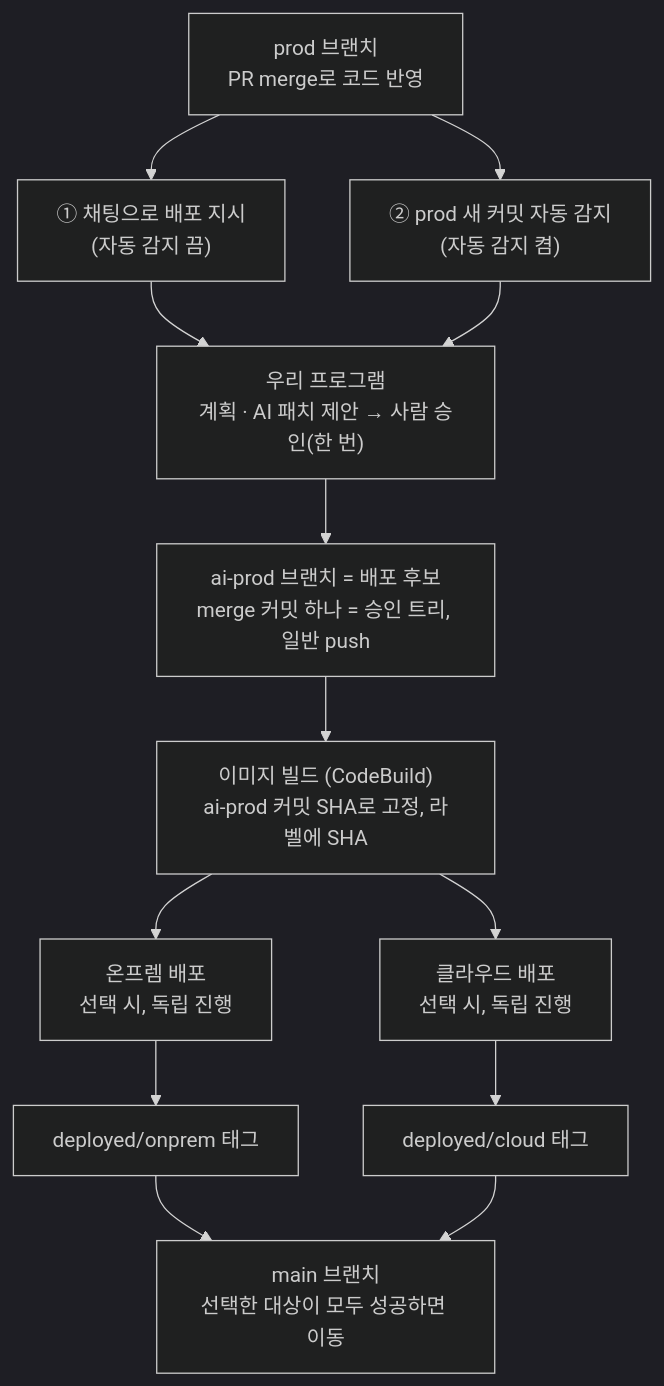
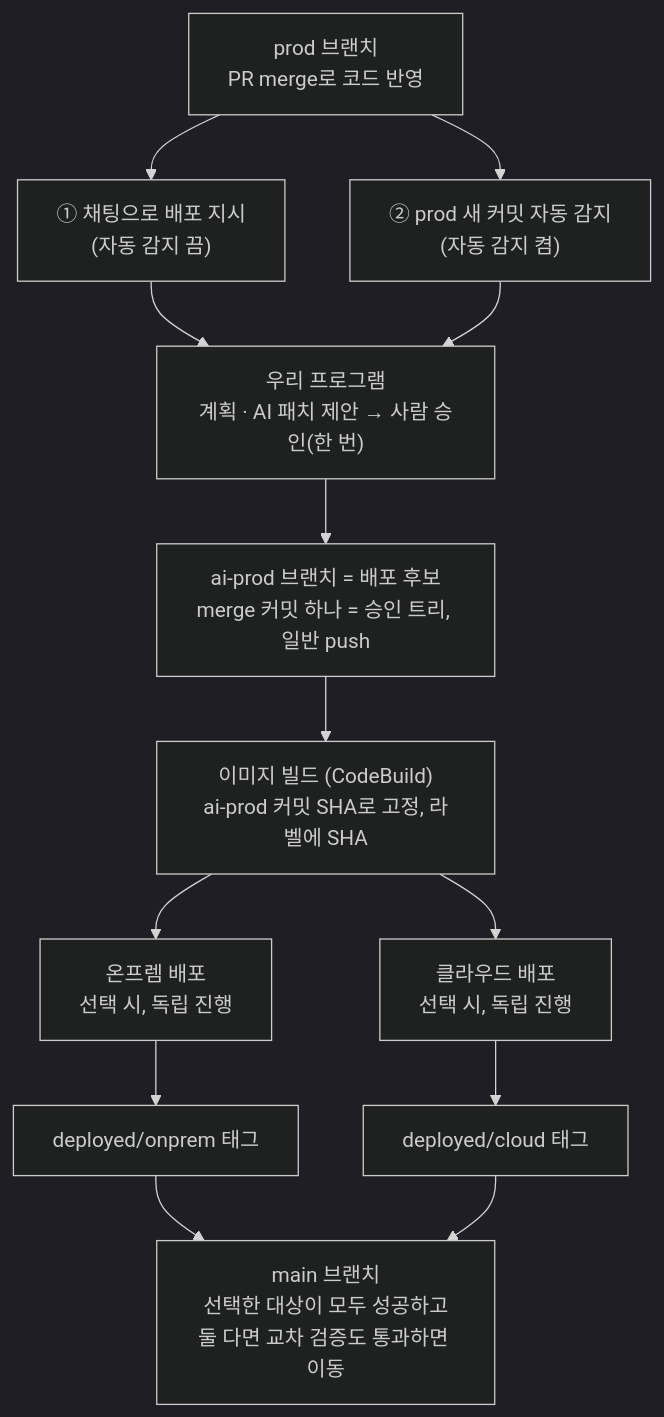
The diagram in single-app/dev-docs/roles/00_10월1일-변경사항.md (2026-Gerbera/gerbera-deploy-ai), drawn with Mermaid (dark theme) before and after one commit. The commit also changed other lines of this file and 21 other files, not shown here.

````diff
--- a/single-app/dev-docs/roles/00_10월1일-변경사항.md
+++ b/single-app/dev-docs/roles/00_10월1일-변경사항.md
@@ -15,15 +17,15 @@
 ```mermaid
 flowchart TD
     A["prod 브랜치<br/>PR merge로 코드 반영"] --> B1["① 채팅으로 배포 지시<br/>(자동 감지 끔)"]
     A --> B2["② prod 새 커밋 자동 감지<br/>(자동 감지 켬)"]
     B1 --> C["우리 프로그램<br/>계획 · AI 패치 제안 → 사람 승인(한 번)"]
     B2 --> C
     C --> D["ai-prod 브랜치 = 배포 후보<br/>merge 커밋 하나 = 승인 트리, 일반 push"]
     D --> E["이미지 빌드 (CodeBuild)<br/>ai-prod 커밋 SHA로 고정, 라벨에 SHA"]
     E --> F1["온프렘 배포<br/>선택 시, 독립 진행"]
     E --> F2["클라우드 배포<br/>선택 시, 독립 진행"]
     F1 --> G1["deployed/onprem 태그"]
     F2 --> G2["deployed/cloud 태그"]
-    G1 --> H["main 브랜치<br/>선택한 대상이 모두 성공하면 이동"]
+    G1 --> H["main 브랜치<br/>선택한 대상이 모두 성공하고<br/>둘 다면 교차 검증도 통과하면 이동"]
     G2 --> H
 ```
````
